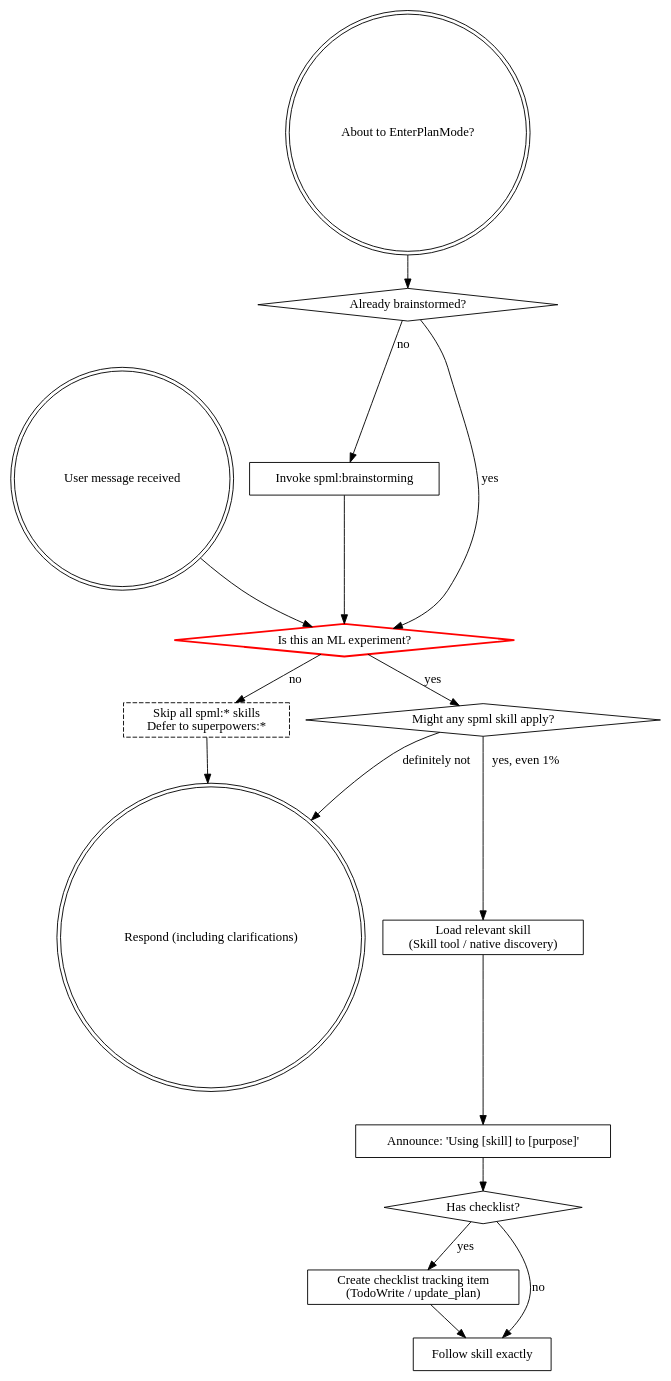
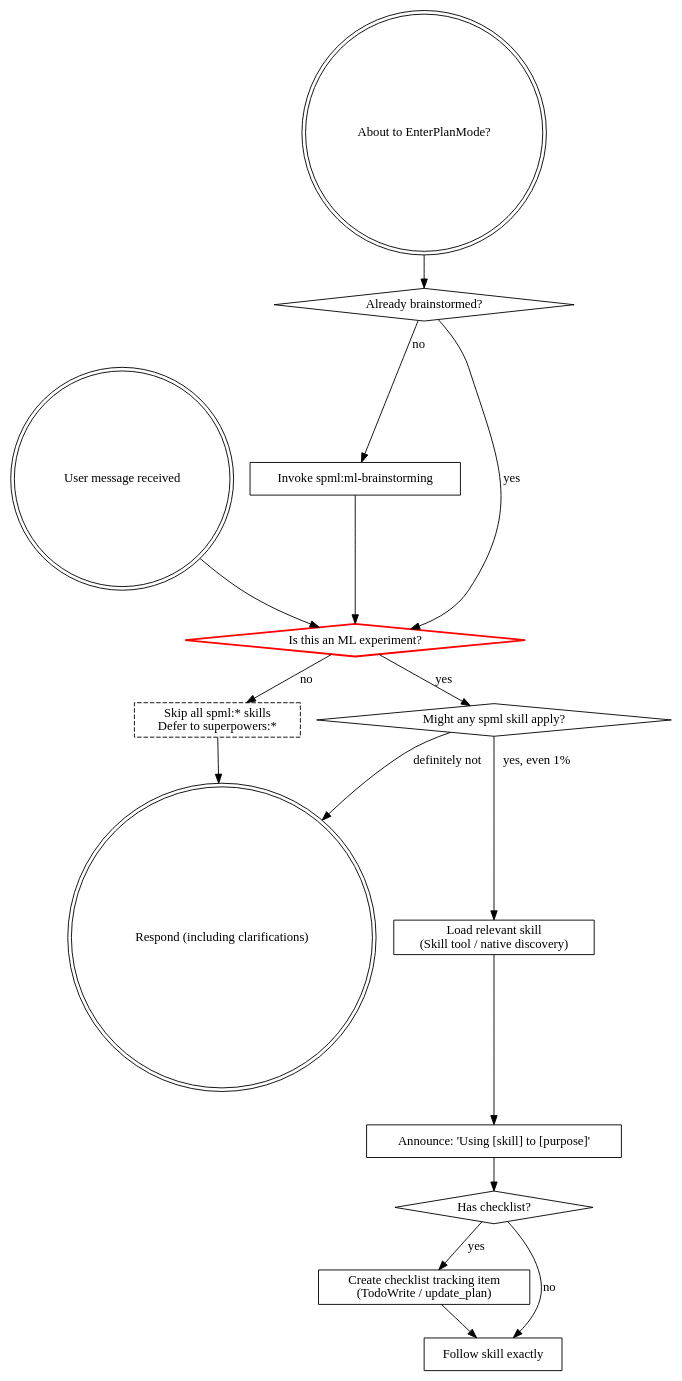
The diagram in skills/using-superpowers-ml/SKILL.md (qqhard/superpowers-ML), drawn with Graphviz before and after one commit. The commit also changed other lines of this file and 7 other files, not shown here.

````diff
--- a/skills/using-superpowers-ml/SKILL.md
+++ b/skills/using-superpowers-ml/SKILL.md
@@ -57,34 +57,34 @@
 ```dot
 digraph skill_flow {
     "User message received" [shape=doublecircle];
     "About to EnterPlanMode?" [shape=doublecircle];
     "Already brainstormed?" [shape=diamond];
-    "Invoke spml:brainstorming" [shape=box];
+    "Invoke spml:ml-brainstorming" [shape=box];
     "Is this an ML experiment?" [shape=diamond, style=bold, color=red];
     "Skip all spml:* skills\nDefer to superpowers:*" [shape=box, style=dashed];
     "Might any spml skill apply?" [shape=diamond];
     "Load relevant skill\n(Skill tool / native discovery)" [shape=box];
     "Announce: 'Using [skill] to [purpose]'" [shape=box];
     "Has checklist?" [shape=diamond];
     "Create checklist tracking item\n(TodoWrite / update_plan)" [shape=box];
     "Follow skill exactly" [shape=box];
     "Respond (including clarifications)" [shape=doublecircle];
 
     "About to EnterPlanMode?" -> "Already brainstormed?";
-    "Already brainstormed?" -> "Invoke spml:brainstorming" [label="no"];
+    "Already brainstormed?" -> "Invoke spml:ml-brainstorming" [label="no"];
     "Already brainstormed?" -> "Is this an ML experiment?" [label="yes"];
-    "Invoke spml:brainstorming" -> "Is this an ML experiment?";
+    "Invoke spml:ml-brainstorming" -> "Is this an ML experiment?";
 
     "User message received" -> "Is this an ML experiment?";
     "Is this an ML experiment?" -> "Skip all spml:* skills\nDefer to superpowers:*" [label="no"];
     "Skip all spml:* skills\nDefer to superpowers:*" -> "Respond (including clarifications)";
     "Is this an ML experiment?" -> "Might any spml skill apply?" [label="yes"];
     "Might any spml skill apply?" -> "Load relevant skill\n(Skill tool / native discovery)" [label="yes, even 1%"];
     "Might any spml skill apply?" -> "Respond (including clarifications)" [label="definitely not"];
     "Load relevant skill\n(Skill tool / native discovery)" -> "Announce: 'Using [skill] to [purpose]'";
     "Announce: 'Using [skill] to [purpose]'" -> "Has checklist?";
     "Has checklist?" -> "Create checklist tracking item\n(TodoWrite / update_plan)" [label="yes"];
     "Has checklist?" -> "Follow skill exactly" [label="no"];
     "Create checklist tracking item\n(TodoWrite / update_plan)" -> "Follow skill exactly";
 }
 ```
````
